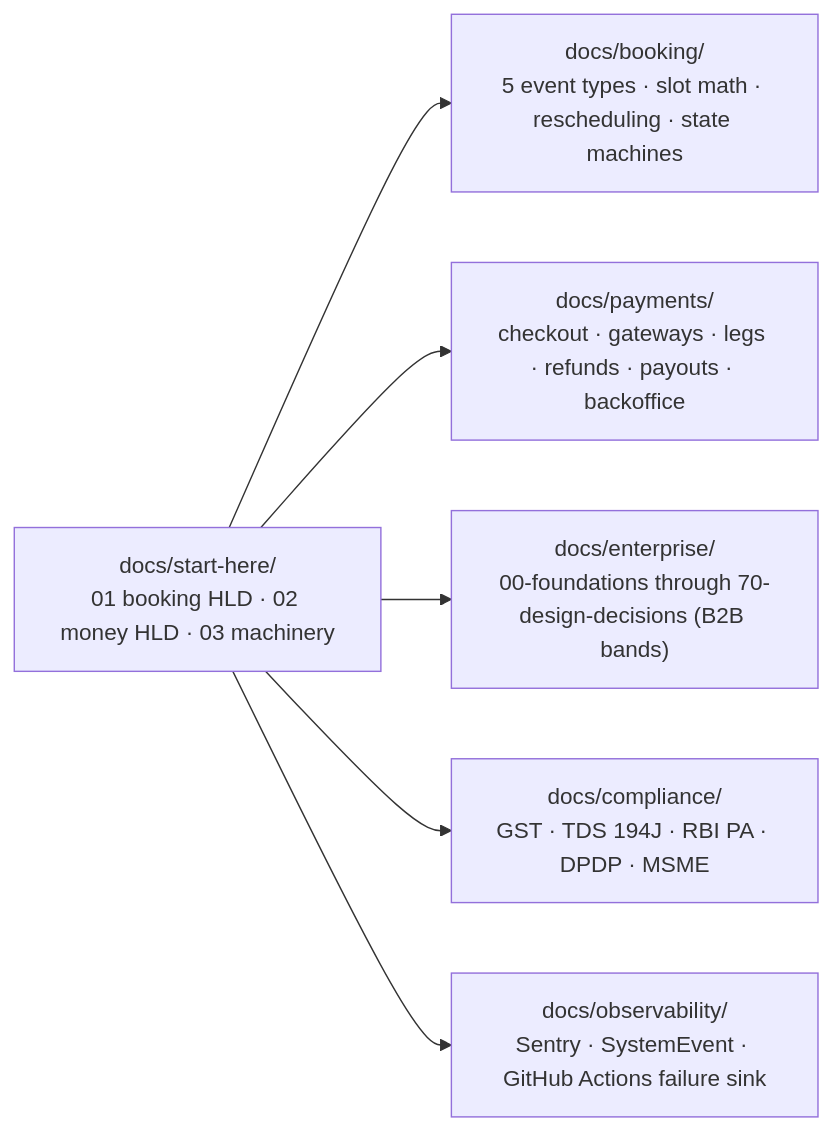
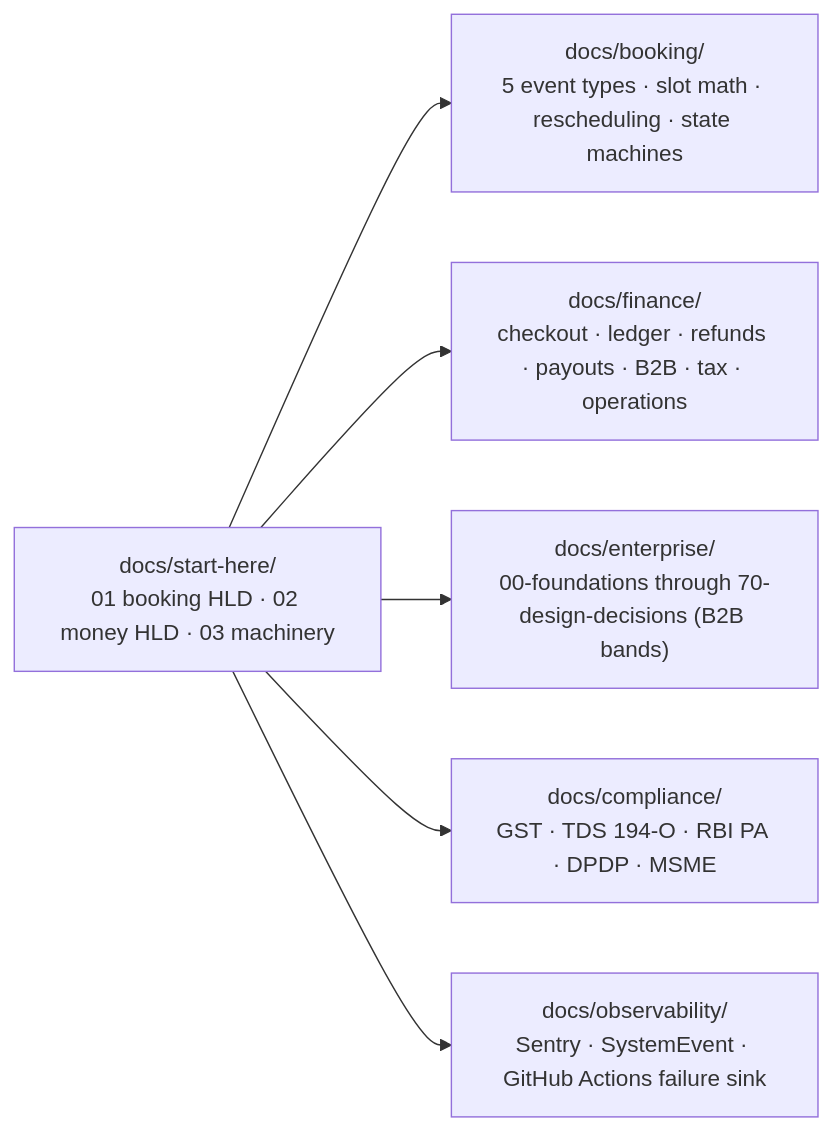
One commit to Practitionist/familiarise_web changed the diagram in docs/start-here/README.md. Above: the diagram before and after it, drawn with Mermaid. The commit also changed other lines of this file and 30 other files, not shown here.

First line of the commit message:
docs(finance): rewrite B2B and operations sections, finance index and decisions (package C) (#2332)

````diff
--- a/docs/start-here/README.md
+++ b/docs/start-here/README.md
@@ -33,8 +33,8 @@
 ```mermaid
 flowchart LR
   START["docs/start-here/<br/>01 booking HLD · 02 money HLD · 03 machinery"] --> BOOK["docs/booking/<br/>5 event types · slot math · rescheduling · state machines"]
-  START --> PAY["docs/payments/<br/>checkout · gateways · legs · refunds · payouts · backoffice"]
+  START --> PAY["docs/finance/<br/>checkout · ledger · refunds · payouts · B2B · tax · operations"]
   START --> ENT["docs/enterprise/<br/>00-foundations through 70-design-decisions (B2B bands)"]
-  START --> COMP["docs/compliance/<br/>GST · TDS 194J · RBI PA · DPDP · MSME"]
+  START --> COMP["docs/compliance/<br/>GST · TDS 194-O · RBI PA · DPDP · MSME"]
   START --> OBS["docs/observability/<br/>Sentry · SystemEvent · GitHub Actions failure sink"]
 ```
````
